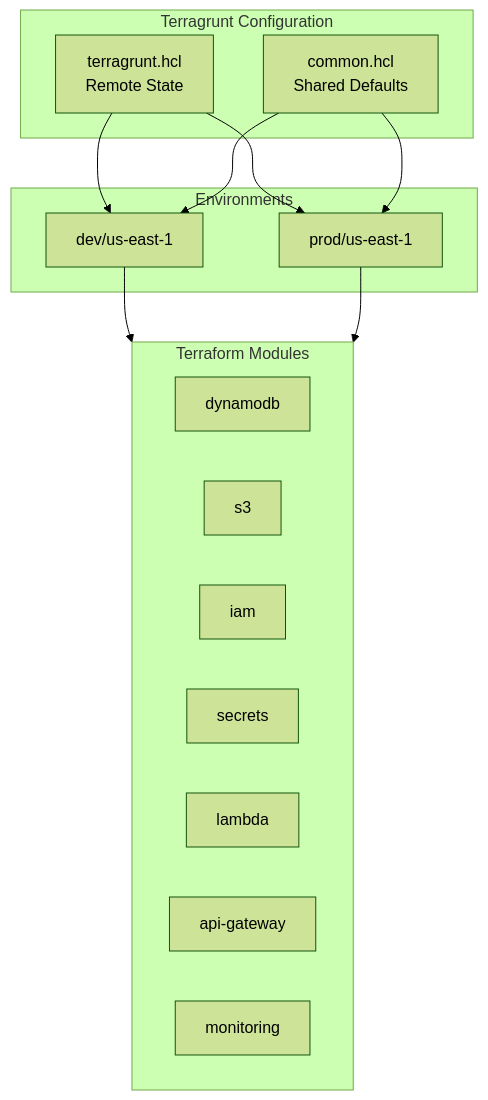
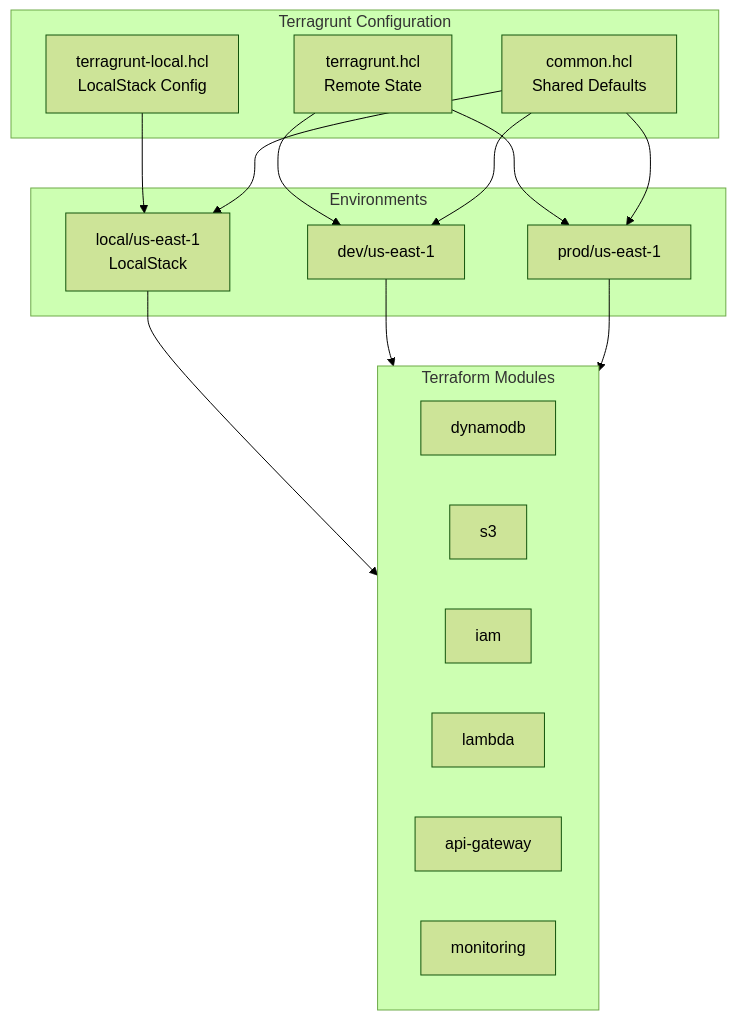
Before and after one commit to zhiweio/redshift-spectra: the first of 2 diagrams in docs/deployment/infrastructure.md, drawn with Mermaid (forest theme). The commit also changed other lines of this file and 64 other files, not shown here.

````diff
--- a/docs/deployment/infrastructure.md
+++ b/docs/deployment/infrastructure.md
@@ -7,30 +7,34 @@
 ```mermaid
 flowchart TB
     subgraph Terragrunt["Terragrunt Configuration"]
         ROOT[terragrunt.hcl<br/>Remote State]
+        ROOT_LOCAL[terragrunt-local.hcl<br/>LocalStack Config]
         COMMON[common.hcl<br/>Shared Defaults]
     end
-    
+
     subgraph Modules["Terraform Modules"]
         DDB[dynamodb]
         S3[s3]
         IAM[iam]
-        SECRETS[secrets]
         LAMBDA[lambda]
         APIGW[api-gateway]
         MON[monitoring]
     end
-    
+
     subgraph Environments["Environments"]
+        LOCAL[local/us-east-1<br/>LocalStack]
         DEV[dev/us-east-1]
         PROD[prod/us-east-1]
     end
-    
+
+    ROOT_LOCAL --> LOCAL
     ROOT --> DEV
     ROOT --> PROD
+    COMMON --> LOCAL
     COMMON --> DEV
     COMMON --> PROD
-    
+
+    LOCAL --> Modules
     DEV --> Modules
     PROD --> Modules
 ```
````
